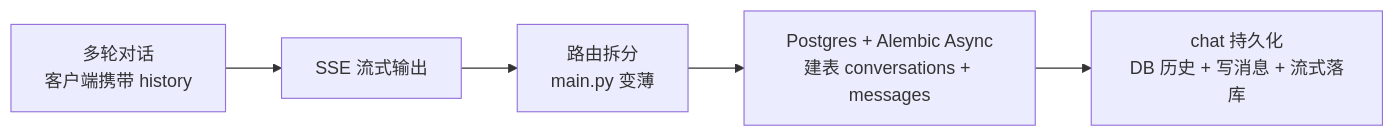
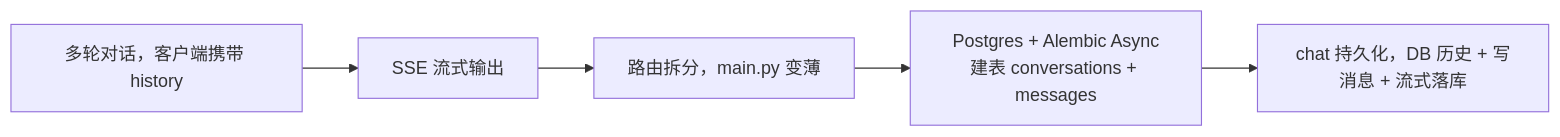
The second of 2 diagrams in content/post/2026-07-09-DevAssist：从多轮对话到数据库持久化/index.md (Han-GR/Han-GR.github.io), drawn with Mermaid before and after one commit. The commit also changed 3 other files, not shown here.

````diff
--- a/content/post/2026-07-09-DevAssist：从多轮对话到数据库持久化/index.md
+++ b/content/post/2026-07-09-DevAssist：从多轮对话到数据库持久化/index.md
@@ -42,7 +42,7 @@
 ```mermaid
 flowchart LR
-  S1["多轮对话<br>客户端携带 history"] --> S2["SSE 流式输出"]
-  S2 --> S3["路由拆分<br>main.py 变薄"]
-  S3 --> S4["Postgres + Alembic Async<br>建表 conversations + messages"]
-  S4 --> S5["chat 持久化<br>DB 历史 + 写消息 + 流式落库"]
+  S1["多轮对话，客户端携带 history"] --> S2["SSE 流式输出"]
+  S2 --> S3["路由拆分，main.py 变薄"]
+  S3 --> S4["Postgres + Alembic Async建表 conversations + messages"]
+  S4 --> S5["chat 持久化，DB 历史 + 写消息 + 流式落库"]
 ```
````
